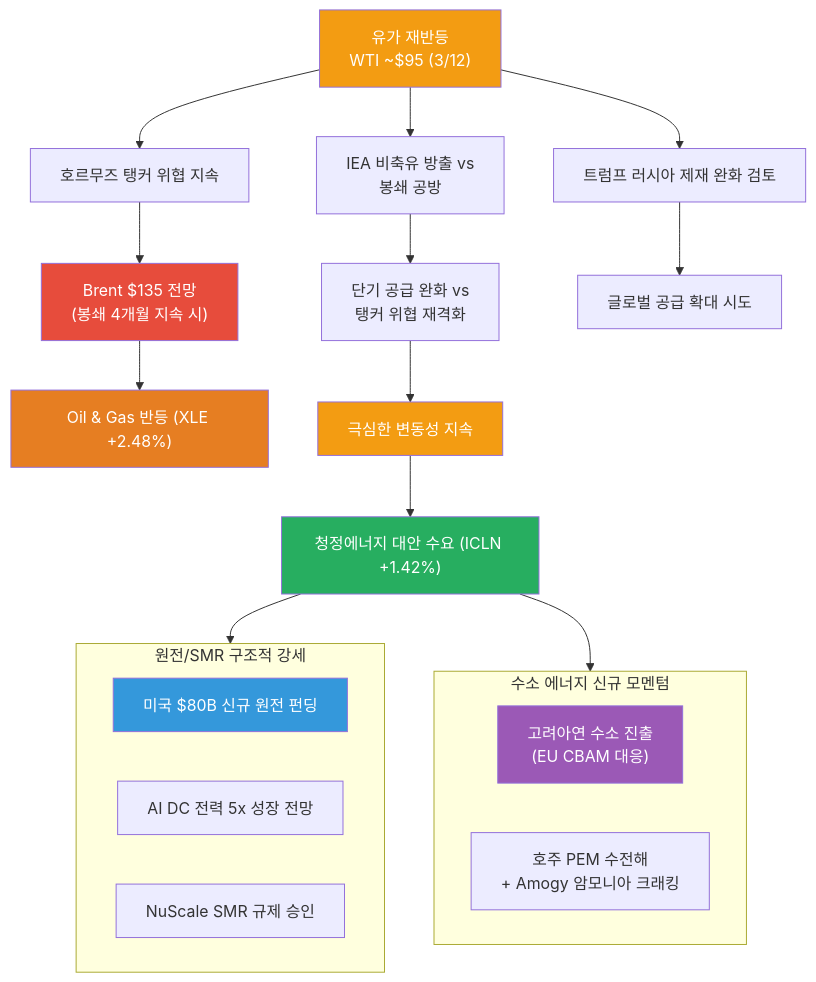
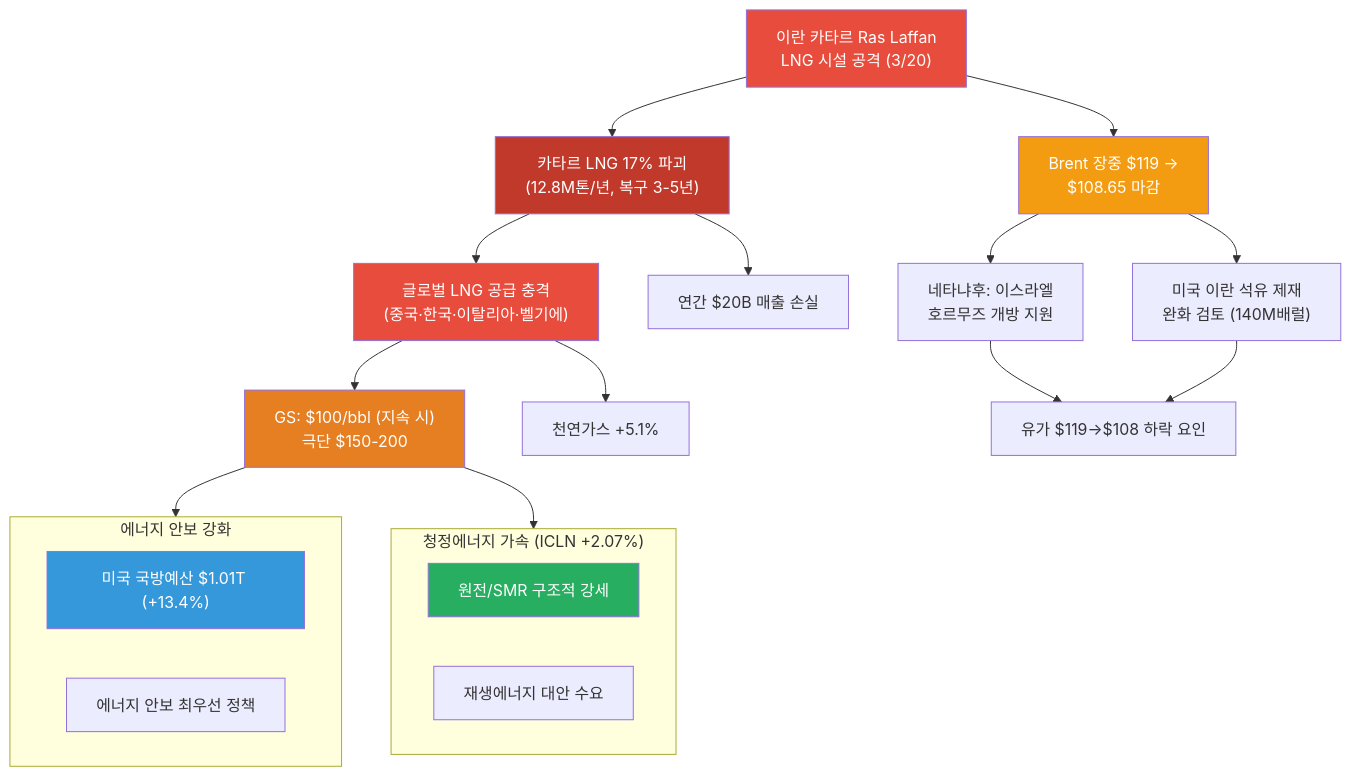
Before and after one commit to dss99911/dss99911.github.io: the first of 11 diagrams in _posts/knowledge/invest/2026-03-07-energy-sector-outlook-2026.md, drawn with Mermaid. The commit also changed other lines of this file and 2 other files, not shown here.

First line of the commit message:
Daily investment report update 2026-03-20: Iran Qatar LNG attack, CHBM, Groq3

````diff
--- a/_posts/knowledge/invest/2026-03-07-energy-sector-outlook-2026.md
+++ b/_posts/knowledge/invest/2026-03-07-energy-sector-outlook-2026.md
@@ -41,36 +44,38 @@
 ```mermaid
 graph TD
-    A["유가 재반등<br/>WTI ~$95 (3/12)"] --> B["호르무즈 탱커 위협 지속"]
-    A --> C["IEA 비축유 방출 vs<br/>봉쇄 공방"]
-    A --> D["트럼프 러시아 제재 완화 검토"]
+    A["이란 카타르 Ras Laffan<br/>LNG 시설 공격 (3/20)"] --> B["카타르 LNG 17% 파괴<br/>(12.8M톤/년, 복구 3-5년)"]
+    A --> C["Brent 장중 $119 →<br/>$108.65 마감"]
 
-    B --> E["Brent $135 전망<br/>(봉쇄 4개월 지속 시)"]
-    C --> F["단기 공급 완화 vs<br/>탱커 위협 재격화"]
-    D --> G["글로벌 공급 확대 시도"]
+    B --> D["글로벌 LNG 공급 충격<br/>(중국·한국·이탈리아·벨기에)"]
+    B --> E["연간 $20B 매출 손실"]
 
-    E --> H["Oil &amp; Gas 반등 (XLE +2.48%)"]
-    F --> I["극심한 변동성 지속"]
-    I --> J["청정에너지 대안 수요 (ICLN +1.42%)"]
+    C --> F["네타냐후: 이스라엘<br/>호르무즈 개방 지원"]
+    C --> G["미국 이란 석유 제재<br/>완화 검토 (140M배럴)"]
 
-    subgraph nuclear["원전/SMR 구조적 강세"]
-        K["미국 $80B 신규 원전 펀딩"]
-        L["AI DC 전력 5x 성장 전망"]
-        M["NuScale SMR 규제 승인"]
+    F --> H["유가 $119→$108 하락 요인"]
+    G --> H
+
+    D --> I["GS: $100/bbl (지속 시)<br/>극단 $150-200"]
+    D --> J["천연가스 +5.1%"]
+
+    subgraph defense["에너지 안보 강화"]
+        K["미국 국방예산 $1.01T (+13.4%)"]
+        L["에너지 안보 최우선 정책"]
     end
 
-    subgraph hydrogen["수소 에너지 신규 모멘텀"]
-        N["고려아연 수소 진출<br/>(EU CBAM 대응)"]
-        O["호주 PEM 수전해<br/>+ Amogy 암모니아 크래킹"]
+    subgraph clean["청정에너지 가속 (ICLN +2.07%)"]
+        M["원전/SMR 구조적 강세"]
+        N["재생에너지 대안 수요"]
     end
 
-    J --> nuclear
-    J --> hydrogen
+    I --> defense
+    I --> clean
 
-    style A fill:#f39c12,color:#fff
-    style E fill:#e74c3c,color:#fff
-    style H fill:#e67e22,color:#fff
-    style I fill:#f39c12,color:#fff
-    style J fill:#27ae60,color:#fff
+    style A fill:#e74c3c,color:#fff
+    style B fill:#c0392b,color:#fff
+    style C fill:#f39c12,color:#fff
+    style D fill:#e74c3c,color:#fff
+    style I fill:#e67e22,color:#fff
     style K fill:#3498db,color:#fff
-    style N fill:#9b59b6,color:#fff
+    style M fill:#27ae60,color:#fff
 ```
````
